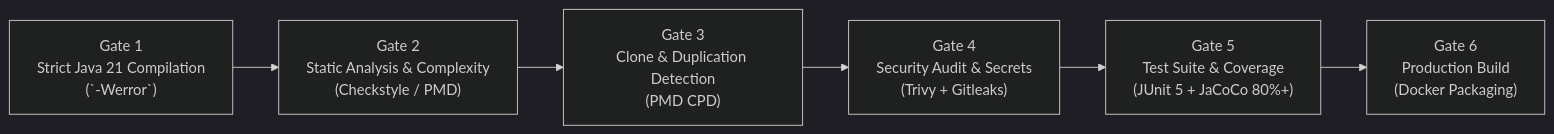
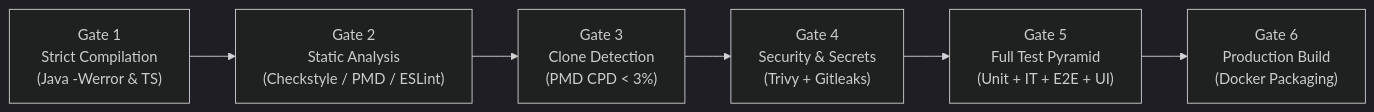
One commit to Veras-D/AprovaENEM changed the first of 2 diagrams in docs/sprint-1/07-quality-gate-ci.md. Above: the diagram before and after it, drawn with Mermaid (dark theme). The commit also changed other lines of this file and 3 other files, not shown here.

Commit message:
docs: expand quality gate with full test pyramid, E2E, frontend tests, and JaCoCo unified coverage

````diff
--- a/docs/sprint-1/07-quality-gate-ci.md
+++ b/docs/sprint-1/07-quality-gate-ci.md
@@ -13,8 +14,8 @@
 ```mermaid
 flowchart LR
-    G1["Gate 1<br/>Strict Java 21 Compilation<br/>(`-Werror`)"] --> G2["Gate 2<br/>Static Analysis & Complexity<br/>(Checkstyle / PMD)"]
-    G2 --> G3["Gate 3<br/>Clone & Duplication Detection<br/>(PMD CPD)"]
-    G3 --> G4["Gate 4<br/>Security Audit & Secrets<br/>(Trivy + Gitleaks)"]
-    G4 --> G5["Gate 5<br/>Test Suite & Coverage<br/>(JUnit 5 + JaCoCo 80%+)"]
+    G1["Gate 1<br/>Strict Compilation<br/>(Java -Werror & TS)"] --> G2["Gate 2<br/>Static Analysis<br/>(Checkstyle / PMD / ESLint)"]
+    G2 --> G3["Gate 3<br/>Clone Detection<br/>(PMD CPD < 3%)"]
+    G3 --> G4["Gate 4<br/>Security & Secrets<br/>(Trivy + Gitleaks)"]
+    G4 --> G5["Gate 5<br/>Full Test Pyramid<br/>(Unit + IT + E2E + UI)"]
     G5 --> G6["Gate 6<br/>Production Build<br/>(Docker Packaging)"]
 ```
````
